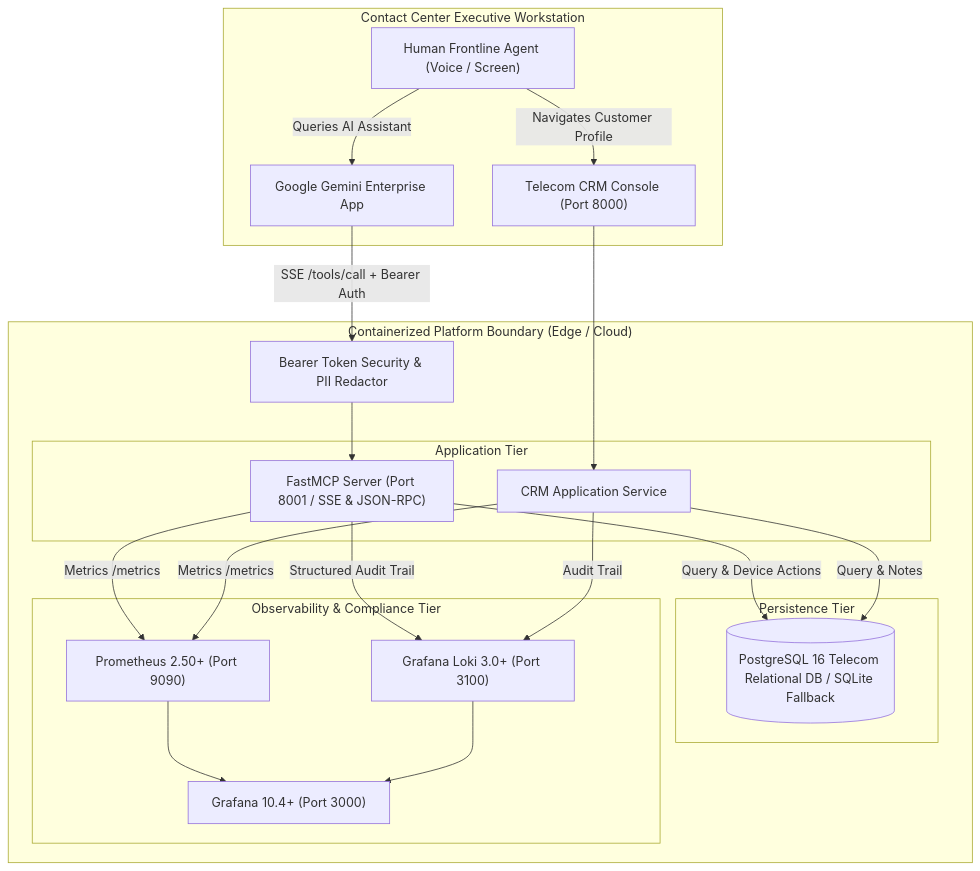
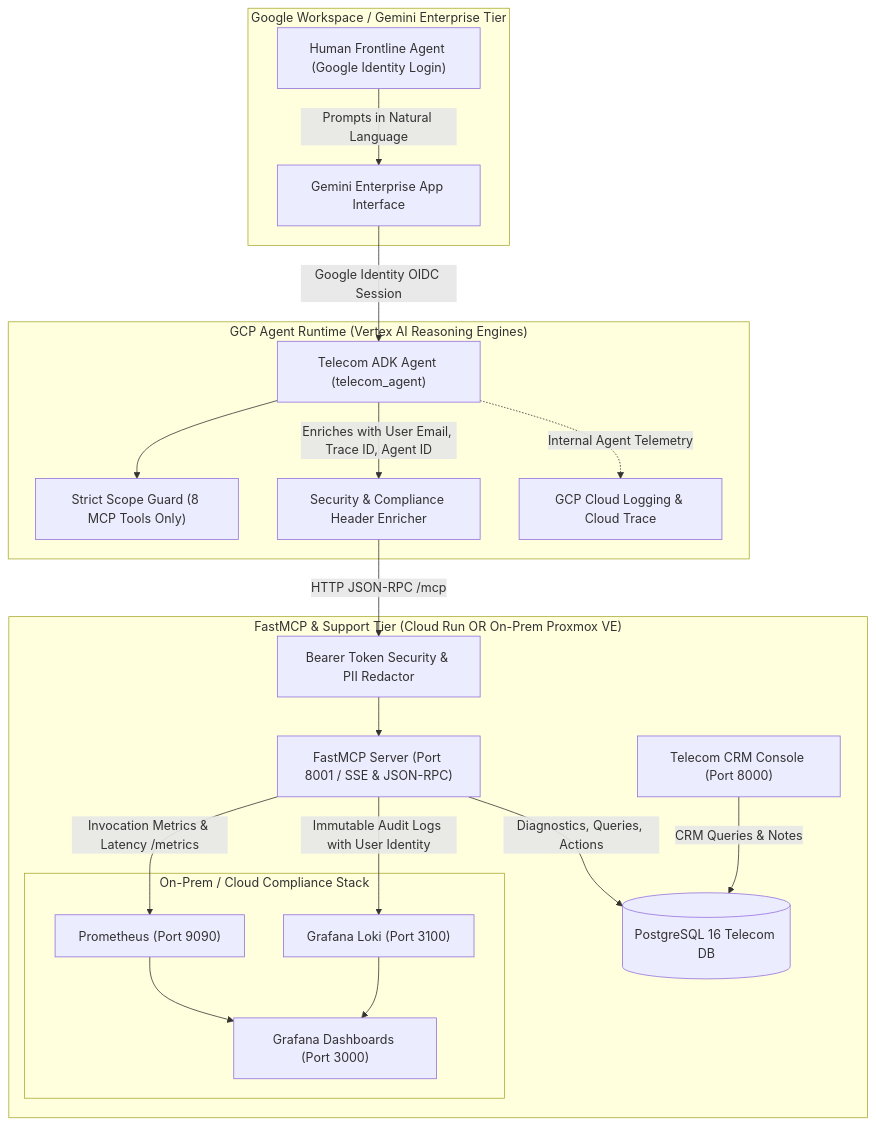
One commit to pradeesi/HybridAI changed the diagram in README.md. Above: the diagram before and after it, drawn with Mermaid. The commit also changed other lines of this file and 40 other files, not shown here.

Commit message:
feat(telecom-agent): add Google ADK agent for Agent Runtime & Gemini Enterprise with MCP tools and audit propagation

````diff
--- a/README.md
+++ b/README.md
@@ -24,43 +32,43 @@
 ```mermaid
 graph TD
-    subgraph AgentWorkstation["Contact Center Executive Workstation"]
-        Agent["Human Frontline Agent (Voice / Screen)"]
-        CRM_UI["Telecom CRM Console (Port 8000)"]
-        GE_App["Google Gemini Enterprise App"]
+    subgraph GeminiEnterprise["Google Workspace / Gemini Enterprise Tier"]
+        AgentUser["Human Frontline Agent (Google Identity Login)"]
+        GE_App["Gemini Enterprise App Interface"]
     end
 
-    subgraph PlatformPerimeter["Containerized Platform Boundary (Edge / Cloud)"]
+    subgraph GCPAgentRuntime["GCP Agent Runtime (Vertex AI Reasoning Engines)"]
+        ADK_Agent["Telecom ADK Agent (telecom_agent)"]
+        ADK_Scope["Strict Scope Guard (8 MCP Tools Only)"]
+        Header_Enricher["Security & Compliance Header Enricher"]
+        GCP_Logging["GCP Cloud Logging & Cloud Trace"]
+    end
+
+    subgraph HybridMCPBoundary["FastMCP & Support Tier (Cloud Run OR On-Prem Proxmox VE)"]
         AuthGuard["Bearer Token Security & PII Redactor"]
+        MCP_Server["FastMCP Server (Port 8001 / SSE & JSON-RPC)"]
+        CRM_Backend["Telecom CRM Console (Port 8000)"]
+        PG[(PostgreSQL 16 Telecom DB)]
         
-        subgraph AppServices["Application Tier"]
-            MCP_Server["FastMCP Server (Port 8001 / SSE & JSON-RPC)"]
-            CRM_Backend["CRM Application Service"]
-        end
-
-        subgraph DataTier["Persistence Tier"]
-            PG[(PostgreSQL 16 Telecom Relational DB / SQLite Fallback)]
-        end
-
-        subgraph TelemetryTier["Observability & Compliance Tier"]
-            Prometheus["Prometheus 2.50+ (Port 9090)"]
-            Loki["Grafana Loki 3.0+ (Port 3100)"]
-            Grafana["Grafana 10.4+ (Port 3000)"]
+        subgraph ComplianceObservability["On-Prem / Cloud Compliance Stack"]
+            Prometheus["Prometheus (Port 9090)"]
+            Loki["Grafana Loki (Port 3100)"]
+            Grafana["Grafana Dashboards (Port 3000)"]
         end
     end
 
-    Agent -->|Navigates Customer Profile| CRM_UI
-    Agent -->|Queries AI Assistant| GE_App
-    CRM_UI --> CRM_Backend
-    GE_App -->|SSE /tools/call + Bearer Auth| AuthGuard
+    AgentUser -->|Prompts in Natural Language| GE_App
+    GE_App -->|Google Identity OIDC Session| ADK_Agent
+    ADK_Agent --> ADK_Scope
+    ADK_Agent -.->|Internal Agent Telemetry| GCP_Logging
+    ADK_Agent -->|Enriches with User Email, Trace ID, Agent ID| Header_Enricher
+    Header_Enricher -->|HTTP JSON-RPC /mcp| AuthGuard
     AuthGuard --> MCP_Server
+
+    MCP_Server -->|Diagnostics, Queries, Actions| PG
+    CRM_Backend -->|CRM Queries & Notes| PG
     
-    MCP_Server -->|Query & Device Actions| PG
-    CRM_Backend -->|Query & Notes| PG
-    
-    MCP_Server -->|Structured Audit Trail| Loki
-    CRM_Backend -->|Audit Trail| Loki
-    MCP_Server -->|Metrics /metrics| Prometheus
-    CRM_Backend -->|Metrics /metrics| Prometheus
+    MCP_Server -->|Immutable Audit Logs with User Identity| Loki
+    MCP_Server -->|Invocation Metrics & Latency /metrics| Prometheus
     Prometheus --> Grafana
     Loki --> Grafana
 ```
````
